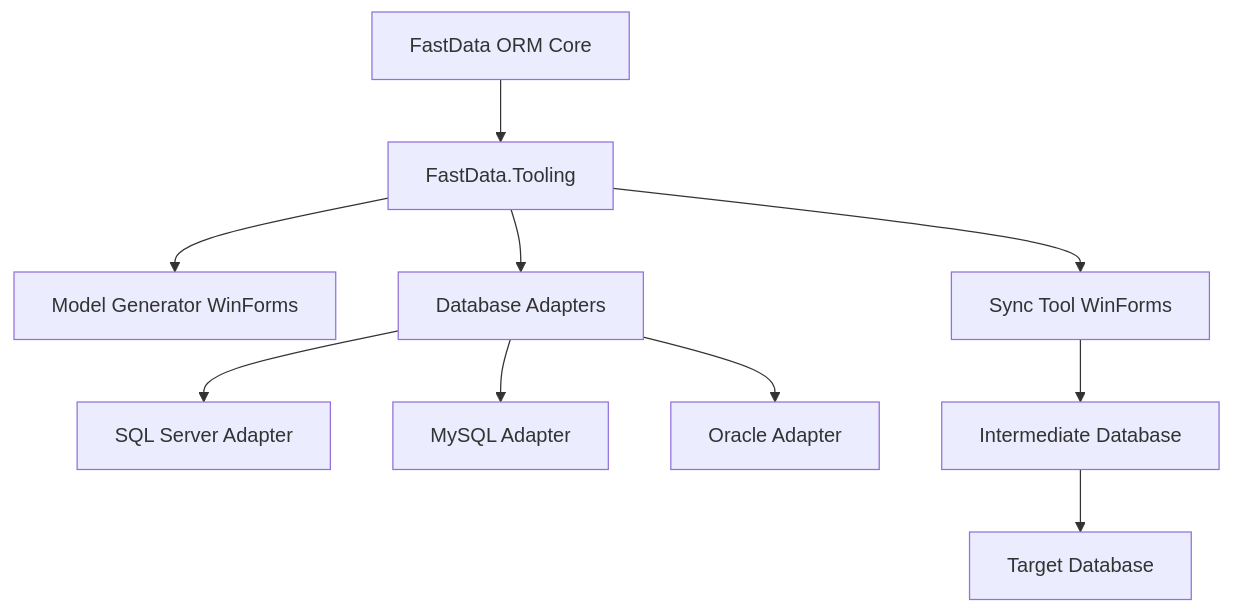
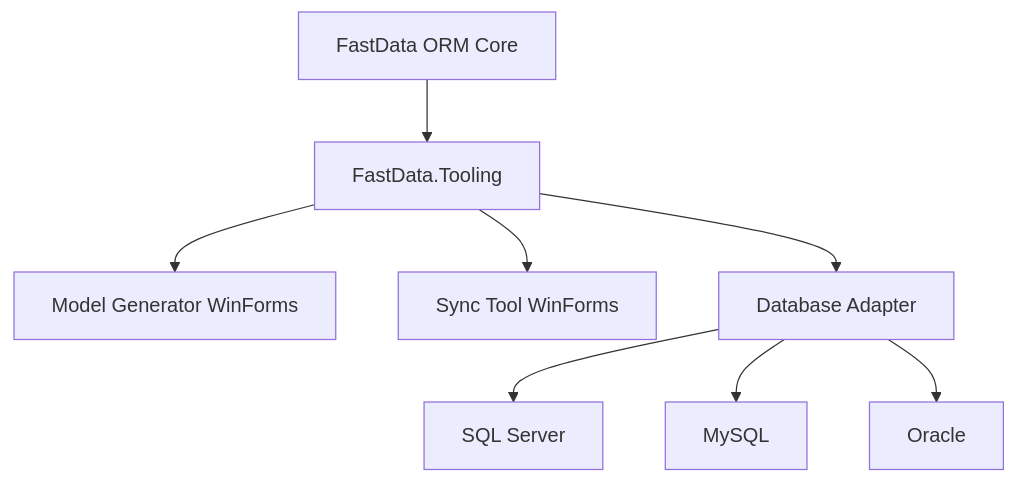
One commit to SamHub1991/FastData changed the first of 3 diagrams in .monkeycode/specs/项目需求2026年5月/design.md. Above: the diagram before and after it, drawn with Mermaid. The commit also changed other lines of this file and 2 other files, not shown here.

````diff
--- a/.monkeycode/specs/项目需求2026年5月/design.md
+++ b/.monkeycode/specs/项目需求2026年5月/design.md
@@ -20,12 +19,10 @@
 ```mermaid
 graph TD
     A["FastData ORM Core"] --> B["FastData.Tooling"]
     B --> C["Model Generator WinForms"]
     B --> D["Sync Tool WinForms"]
-    B --> E["Database Adapters"]
-    E --> F["SQL Server Adapter"]
-    E --> G["MySQL Adapter"]
-    E --> H["Oracle Adapter"]
-    D --> I["Intermediate Database"]
-    I --> J["Target Database"]
+    B --> E["Database Adapter"]
+    E --> F["SQL Server"]
+    E --> G["MySQL"]
+    E --> H["Oracle"]
 ```
````
